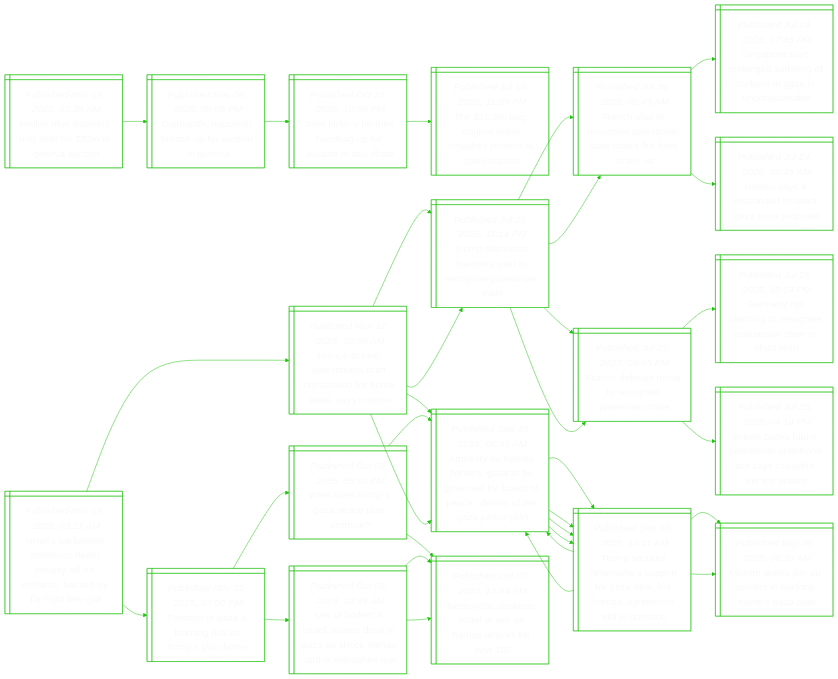
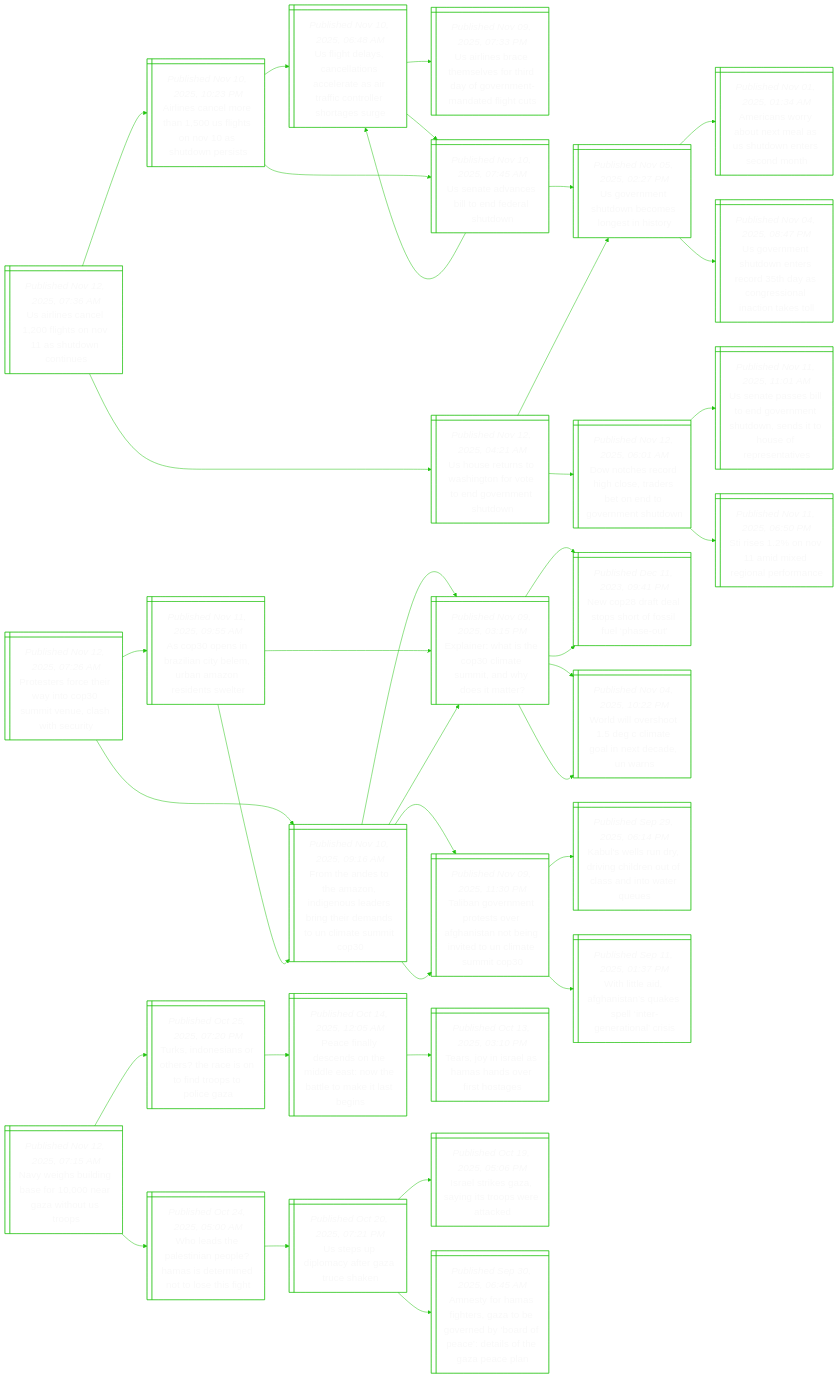
One commit to notJmes/notJmes changed the diagram in README.md. Above: the diagram before and after it, drawn with Mermaid. The commit also changed other lines of this file, not shown here.

````diff
--- a/README.md
+++ b/README.md
@@ -16,109 +16,121 @@
 flowchart LR
 classDef txtsize font-size:20px;
 
-Mndngsiec@{ shape: win-pane, label: "_Published Nov 12, 2025, 03:28 AM_
-Mellon blue diamond ring sells for $32m in geneva auction" }
-Dnpncotnv@{ shape: win-pane, label: "_Published Nov 06, 2025, 09:05 PM_
-Diamonds, napoleon brooch up for auction in geneva" }
-Jisedpunui@{ shape: win-pane, label: "_Published Oct 21, 2025, 10:50 PM_
-Jane birkin’s hermes handbag up for auction in abu dhabi" }
-TagBnhcait@{ shape: win-pane, label: "_Published Jul 10, 2025, 11:59 PM_
-The $12.8m bag: original birkin smashes records at paris auction" }
+UlclhNsone@{ shape: win-pane, label: "_Published Nov 12, 2025, 07:36 AM_
+Us airlines cancel 1,200 flights on nov 11 as shutdown continues" }
+Annoalsvuni@{ shape: win-pane, label: "_Published Nov 10, 2025, 10:23 PM_
+Airlines cancel more than 1,500 us flights on nov 10 as shutdown persists" }
+Uglalnetifolhgr@{ shape: win-pane, label: "_Published Nov 10, 2025, 06:48 AM_
+Us flight delays, cancellations accelerate as air traffic controller shortages surge" }
+Ulbtefiyvendhs@{ shape: win-pane, label: "_Published Nov 09, 2025, 07:33 PM_
+Us airlines brace themselves for third day of government-mandated flight cuts" }
+Uavstfat@{ shape: win-pane, label: "_Published Nov 10, 2025, 07:45 AM_
+Us senate advances bill to end federal shutdown" }
+Uavstfat@{ shape: win-pane, label: "_Published Nov 10, 2025, 07:45 AM_
+Us senate advances bill to end federal shutdown" }
+Uentbegno@{ shape: win-pane, label: "_Published Nov 05, 2025, 02:27 PM_
+Us government shutdown becomes longest in history" }
+Uglalnetifolhgr@{ shape: win-pane, label: "_Published Nov 10, 2025, 06:48 AM_
+Us flight delays, cancellations accelerate as air traffic controller shortages surge" }
+Usuoinoeveun@{ shape: win-pane, label: "_Published Nov 12, 2025, 04:21 AM_
+Us house returns to washington for vote to end government shutdown" }
+Uentbegno@{ shape: win-pane, label: "_Published Nov 05, 2025, 02:27 PM_
+Us government shutdown becomes longest in history" }
+AcobeaSdnsdh@{ shape: win-pane, label: "_Published Nov 01, 2025, 01:34 AM_
+Americans worry about next meal as us shutdown enters second month" }
+Uentesraosactt@{ shape: win-pane, label: "_Published Nov 04, 2025, 08:47 PM_
+Us government shutdown enters record 35th day as congressional inaction takes toll" }
+Dtrdctrotent@{ shape: win-pane, label: "_Published Nov 12, 2025, 06:01 AM_
+Dow notches record high close, traders bet on end to government shutdown" }
+UasieveunsHorte@{ shape: win-pane, label: "_Published Nov 11, 2025, 11:01 AM_
+Us senate passes bill to end government shutdown, sends it to house of representatives" }
+SsNieipre@{ shape: win-pane, label: "_Published Nov 11, 2025, 06:50 PM_
+Sti rises 1.2% on nov 11 amid mixed regional performance" }
 
-Mndngsiec:::txtsize --> Dnpncotnv:::txtsize
-Dnpncotnv:::txtsize --> Jisedpunui:::txtsize
-Jisedpunui:::txtsize --> TagBnhcait:::txtsize
+UlclhNsone:::txtsize --> Annoalsvuni:::txtsize
+Annoalsvuni:::txtsize --> Uglalnetifolhgr:::txtsize
+Uglalnetifolhgr:::txtsize --> Ulbtefiyvendhs:::txtsize
+Uglalnetifolhgr:::txtsize --> Uavstfat:::txtsize
+Annoalsvuni:::txtsize --> Uavstfat:::txtsize
+Uavstfat:::txtsize --> Uentbegno:::txtsize
+Uavstfat:::txtsize --> Uglalnetifolhgr:::txtsize
+UlclhNsone:::txtsize --> Usuoinoeveun:::txtsize
+Usuoinoeveun:::txtsize --> Uentbegno:::txtsize
+Uentbegno:::txtsize --> AcobeaSdnsdh:::txtsize
+Uentbegno:::txtsize --> Uentesraosactt:::txtsize
+Usuoinoeveun:::txtsize --> Dtrdctrotent:::txtsize
+Dtrdctrotent:::txtsize --> UasieveunsHorte:::txtsize
+Dtrdctrotent:::txtsize --> SsNieipre:::txtsize
 
-Illnadptlincyier@{ shape: win-pane, label: "_Published Nov 12, 2025, 03:11 AM_
-Israel’s parliament advances death penalty bill for militants, backed by far-right ben-gvir" }
-Feleirotnussa@{ shape: win-pane, label: "_Published Nov 12, 2025, 02:56 AM_
-France to help palestinians draft constitution for future state, says macron" }
-Tdsastoesat@{ shape: win-pane, label: "_Published Jul 25, 2025, 11:14 PM_
-Trump dismisses macron’s plan to recognise palestinian state" }
-FhtoesatweIl@{ shape: win-pane, label: "_Published Jul 25, 2025, 05:49 AM_
-French plan to recognise palestinian state draws fire from israel, us" }
-Fenveilnt@{ shape: win-pane, label: "_Published Jul 25, 2025, 08:45 PM_
-France defends move to recognise palestinian state" }
+Psftwtstehsi@{ shape: win-pane, label: "_Published Nov 12, 2025, 07:26 AM_
+Protesters force their way into cop30 summit venue, clash with security" }
+FhehzdoabtddNamO@{ shape: win-pane, label: "_Published Nov 10, 2025, 09:16 AM_
+From the andes to the amazon, indigenous leaders bring their demands to un climate summit cop30" }
+EihtPamndte@{ shape: win-pane, label: "_Published Nov 09, 2025, 03:15 PM_
+Explainer: what is the cop30 climate summit, and why does it matter?" }
+NPtssoses@{ shape: win-pane, label: "_Published Dec 11, 2023, 09:41 PM_
+New cop28 draft deal stops short of fossil fuel ‘phase-out’" }
+WwvogmoneUn@{ shape: win-pane, label: "_Published Nov 04, 2025, 10:22 PM_
+World will overshoot 1.5 deg c climate goal in next decade, un warns" }
+Taentofinivtlei@{ shape: win-pane, label: "_Published Nov 09, 2025, 11:30 PM_
+Taliban government protests over afghanistan not being invited to un climate summit cop30" }
+Kssrvheosiau@{ shape: win-pane, label: "_Published Sep 29, 2025, 06:14 PM_
+Kabul's wells run dry, driving children out of class and into water queues" }
+Wiagsqslrrni@{ shape: win-pane, label: "_Published Sep 11, 2025, 01:37 PM_
+With little aid, afghanistan’s quakes spell ‘inter-generational’ crisis" }
+AoiznBuAndse@{ shape: win-pane, label: "_Published Nov 11, 2025, 09:55 AM_
+As cop30 opens in brazilian city belem, urban amazon residents swelter" }
+EihtPamndte@{ shape: win-pane, label: "_Published Nov 09, 2025, 03:15 PM_
+Explainer: what is the cop30 climate summit, and why does it matter?" }
+NPtssoses@{ shape: win-pane, label: "_Published Dec 11, 2023, 09:41 PM_
+New cop28 draft deal stops short of fossil fuel ‘phase-out’" }
+WwvogmoneUn@{ shape: win-pane, label: "_Published Nov 04, 2025, 10:22 PM_
+World will overshoot 1.5 deg c climate goal in next decade, un warns" }
+FhehzdoabtddNamO@{ shape: win-pane, label: "_Published Nov 10, 2025, 09:16 AM_
+From the andes to the amazon, indigenous leaders bring their demands to un climate summit cop30" }
+EihtPamndte@{ shape: win-pane, label: "_Published Nov 09, 2025, 03:15 PM_
+Explainer: what is the cop30 climate summit, and why does it matter?" }
+Taentofinivtlei@{ shape: win-pane, label: "_Published Nov 09, 2025, 11:30 PM_
+Taliban government protests over afghanistan not being invited to un climate summit cop30" }
+
+Psftwtstehsi:::txtsize --> FhehzdoabtddNamO:::txtsize
+FhehzdoabtddNamO:::txtsize --> EihtPamndte:::txtsize
+EihtPamndte:::txtsize --> NPtssoses:::txtsize
+EihtPamndte:::txtsize --> WwvogmoneUn:::txtsize
+FhehzdoabtddNamO:::txtsize --> Taentofinivtlei:::txtsize
+Taentofinivtlei:::txtsize --> Kssrvheosiau:::txtsize
+Taentofinivtlei:::txtsize --> Wiagsqslrrni:::txtsize
+Psftwtstehsi:::txtsize --> AoiznBuAndse:::txtsize
+AoiznBuAndse:::txtsize --> EihtPamndte:::txtsize
+EihtPamndte:::txtsize --> NPtssoses:::txtsize
+EihtPamndte:::txtsize --> WwvogmoneUn:::txtsize
+AoiznBuAndse:::txtsize --> FhehzdoabtddNamO:::txtsize
+FhehzdoabtddNamO:::txtsize --> EihtPamndte:::txtsize
+FhehzdoabtddNamO:::txtsize --> Taentofinivtlei:::txtsize
+
+NebisnatUo@{ shape: win-pane, label: "_Published Nov 12, 2025, 07:15 AM_
+Navy weighs building base for 10,000 near gaza without us troops" }
+TIeshhetdpoG@{ shape: win-pane, label: "_Published Oct 25, 2025, 07:20 PM_
+Turks, indonesians or others? the race is on to find troops to police gaza" }
+PflcoMeNelale@{ shape: win-pane, label: "_Published Oct 14, 2025, 12:05 AM_
+Peace finally descends on the middle east: now the battle to make it last begins" }
+TjIlmnest@{ shape: win-pane, label: "_Published Oct 13, 2025, 03:10 PM_
+Tears, joy in israel as hamas hands over first hostages" }
+Waesapmdmnlhg@{ shape: win-pane, label: "_Published Oct 24, 2025, 05:00 AM_
+Who leads the palestinian people? hamas is determined not to lose this fight" }
+Upiatzck@{ shape: win-pane, label: "_Published Oct 20, 2025, 07:21 PM_
+Us steps up diplomacy after gaza truce shaken" }
+Ilkzispec@{ shape: win-pane, label: "_Published Oct 19, 2025, 05:06 PM_
+Israel strikes gaza, saying its troops were attacked" }
 AtHfezerydatoGel@{ shape: win-pane, label: "_Published Sep 30, 2025, 06:45 AM_
 Amnesty for hamas fighters, gaza to be governed by ‘board of peace’: details of the gaza peace plan" }
-Tseaupoabmrnluo@{ shape: win-pane, label: "_Published Sep 30, 2025, 12:11 AM_
-Trump secures netanyahu’s support for gaza deal, but hamas’ agreement still in question" }
-Tseaupoabmrnluo@{ shape: win-pane, label: "_Published Sep 30, 2025, 12:11 AM_
-Trump secures netanyahu’s support for gaza deal, but hamas’ agreement still in question" }
-Ptfaisrpas@{ shape: win-pane, label: "_Published Nov 11, 2025, 03:06 PM_
-Partition of gaza a looming risk as trump’s plan falters" }
-Wouaaam@{ shape: win-pane, label: "_Published Oct 09, 2025, 05:50 PM_
-What does trump’s gaza peace plan promise?" }
-AtHfezerydatoGel@{ shape: win-pane, label: "_Published Sep 30, 2025, 06:45 AM_
-Amnesty for hamas fighters, gaza to be governed by ‘board of peace’: details of the gaza peace plan" }
-NyeeawHakl@{ shape: win-pane, label: "_Published Oct 07, 2023, 12:04 PM_
-Netanyahu declares israel at war as hamas attacks kill over 100" }
-Sbsrcdnacaale@{ shape: win-pane, label: "_Published Oct 08, 2023, 12:45 AM_
-‘sea of bodies’ in israel, scores dead in gaza as shock hamas attack unleashes war" }
-NyeeawHakl@{ shape: win-pane, label: "_Published Oct 07, 2023, 12:04 PM_
-Netanyahu declares israel at war as hamas attacks kill over 100" }
-NyeeawHakl@{ shape: win-pane, label: "_Published Oct 07, 2023, 12:04 PM_
-Netanyahu declares israel at war as hamas attacks kill over 100" }
 
-Illnadptlincyier:::txtsize --> Feleirotnussa:::txtsize
-Feleirotnussa:::txtsize --> Tdsastoesat:::txtsize
-Tdsastoesat:::txtsize --> FhtoesatweIl:::txtsize
-Tdsastoesat:::txtsize --> Fenveilnt:::txtsize
-Feleirotnussa:::txtsize --> AtHfezerydatoGel:::txtsize
-AtHfezerydatoGel:::txtsize --> Tseaupoabmrnluo:::txtsize
-AtHfezerydatoGel:::txtsize --> Tseaupoabmrnluo:::txtsize
-Illnadptlincyier:::txtsize --> Ptfaisrpas:::txtsize
-Ptfaisrpas:::txtsize --> Wouaaam:::txtsize
-Wouaaam:::txtsize --> AtHfezerydatoGel:::txtsize
-Wouaaam:::txtsize --> NyeeawHakl:::txtsize
-Ptfaisrpas:::txtsize --> Sbsrcdnacaale:::txtsize
-Sbsrcdnacaale:::txtsize --> NyeeawHakl:::txtsize
-Sbsrcdnacaale:::txtsize --> NyeeawHakl:::txtsize
-
-Feleirotnussa@{ shape: win-pane, label: "_Published Nov 12, 2025, 02:56 AM_
-France to help palestinians draft constitution for future state, says macron" }
-Tdsastoesat@{ shape: win-pane, label: "_Published Jul 25, 2025, 11:14 PM_
-Trump dismisses macron’s plan to recognise palestinian state" }
-FhtoesatweIl@{ shape: win-pane, label: "_Published Jul 25, 2025, 05:49 AM_
-French plan to recognise palestinian state draws fire from israel, us" }
-Spaoefgvnausa@{ shape: win-pane, label: "_Published Jul 24, 2025, 07:45 PM_
-Singapore says prolonged suffering of civilians in gaza is ‘unconscionable’" }
-Hstotezcp@{ shape: win-pane, label: "_Published Jul 24, 2025, 08:45 AM_
-Hamas says it responded to latest gaza truce proposal" }
-Fenveilnt@{ shape: win-pane, label: "_Published Jul 25, 2025, 08:45 PM_
-France defends move to recognise palestinian state" }
-Gnpirnaisirm@{ shape: win-pane, label: "_Published Jul 25, 2025, 05:54 PM_
-Germany not planning to recognise palestinian state in short term" }
-Bikulntotcfhpi@{ shape: win-pane, label: "_Published Jul 25, 2025, 04:14 PM_
-Britain backs future palestinian statehood but says ceasefire the top priority" }
-AtHfezerydatoGel@{ shape: win-pane, label: "_Published Sep 30, 2025, 06:45 AM_
-Amnesty for hamas fighters, gaza to be governed by ‘board of peace’: details of the gaza peace plan" }
-Tseaupoabmrnluo@{ shape: win-pane, label: "_Published Sep 30, 2025, 12:11 AM_
-Trump secures netanyahu’s support for gaza deal, but hamas’ agreement still in question" }
-AtHfezerydatoGel@{ shape: win-pane, label: "_Published Sep 30, 2025, 06:45 AM_
-Amnesty for hamas fighters, gaza to be governed by ‘board of peace’: details of the gaza peace plan" }
-Mmenwniuaa@{ shape: win-pane, label: "_Published Sep 30, 2025, 06:36 AM_
-Muslim states join eu powers in backing trump’s gaza plan" }
-Tseaupoabmrnluo@{ shape: win-pane, label: "_Published Sep 30, 2025, 12:11 AM_
-Trump secures netanyahu’s support for gaza deal, but hamas’ agreement still in question" }
-AtHfezerydatoGel@{ shape: win-pane, label: "_Published Sep 30, 2025, 06:45 AM_
-Amnesty for hamas fighters, gaza to be governed by ‘board of peace’: details of the gaza peace plan" }
-Mmenwniuaa@{ shape: win-pane, label: "_Published Sep 30, 2025, 06:36 AM_
-Muslim states join eu powers in backing trump’s gaza plan" }
-
-Feleirotnussa:::txtsize --> Tdsastoesat:::txtsize
-Tdsastoesat:::txtsize --> FhtoesatweIl:::txtsize
-FhtoesatweIl:::txtsize --> Spaoefgvnausa:::txtsize
-FhtoesatweIl:::txtsize --> Hstotezcp:::txtsize
-Tdsastoesat:::txtsize --> Fenveilnt:::txtsize
-Fenveilnt:::txtsize --> Gnpirnaisirm:::txtsize
-Fenveilnt:::txtsize --> Bikulntotcfhpi:::txtsize
-Feleirotnussa:::txtsize --> AtHfezerydatoGel:::txtsize
-AtHfezerydatoGel:::txtsize --> Tseaupoabmrnluo:::txtsize
-Tseaupoabmrnluo:::txtsize --> AtHfezerydatoGel:::txtsize
-Tseaupoabmrnluo:::txtsize --> Mmenwniuaa:::txtsize
-AtHfezerydatoGel:::txtsize --> Tseaupoabmrnluo:::txtsize
-Tseaupoabmrnluo:::txtsize --> AtHfezerydatoGel:::txtsize
-Tseaupoabmrnluo:::txtsize --> Mmenwniuaa:::txtsize
+NebisnatUo:::txtsize --> TIeshhetdpoG:::txtsize
+TIeshhetdpoG:::txtsize --> PflcoMeNelale:::txtsize
+PflcoMeNelale:::txtsize --> TjIlmnest:::txtsize
+NebisnatUo:::txtsize --> Waesapmdmnlhg:::txtsize
+Waesapmdmnlhg:::txtsize --> Upiatzck:::txtsize
+Upiatzck:::txtsize --> Ilkzispec:::txtsize
+Upiatzck:::txtsize --> AtHfezerydatoGel:::txtsize
 
 ```
````
